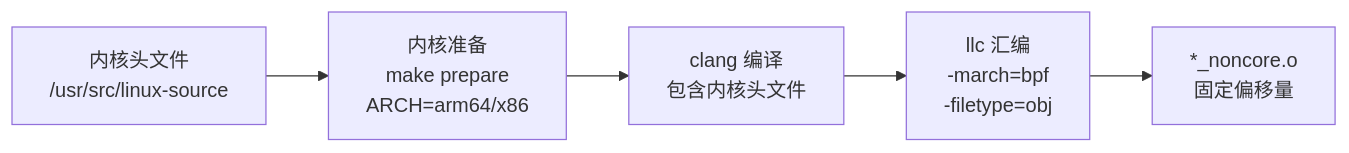
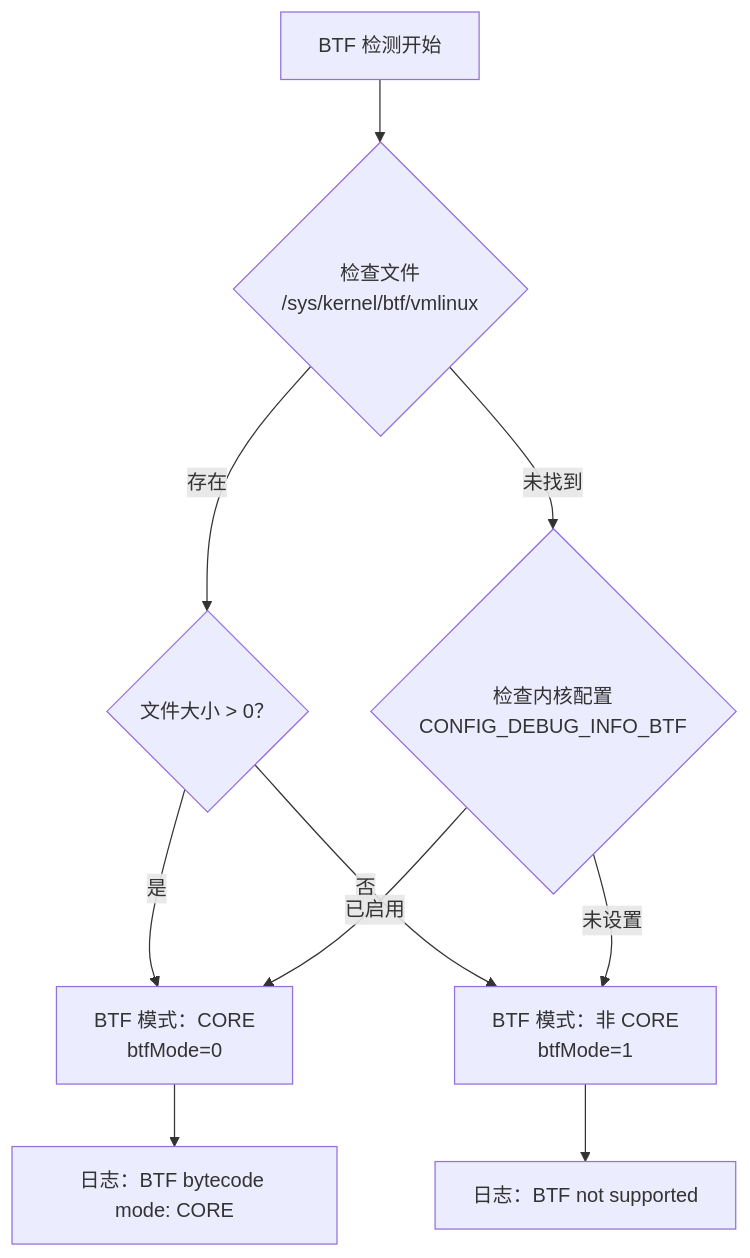
Before and after one commit to gojue/ecapture.cc: the fourth of 11 diagrams in src/zh/2-architecture/2.1-ebpf-engine.md, drawn with Mermaid. The commit also changed other lines of this file and 70 other files, not shown here.

Commit message:
feat: update sidebar and navigation links for architecture and shell command auditing sections

````diff
--- a/src/zh/2-architecture/2.1-ebpf-engine.md
+++ b/src/zh/2-architecture/2.1-ebpf-engine.md
@@ -214,13 +169,20 @@
 ```mermaid
-graph LR
-    HEADERS["内核头文件<br/>/usr/src/linux-source"]
-    KERN_PREP["内核准备<br/>make prepare<br/>ARCH=arm64/x86"]
-    CLANG["clang 编译<br/>包含内核头文件"]
-    LLC["llc 汇编<br/>-march=bpf<br/>-filetype=obj"]
-    NONCORE["*_noncore.o<br/>固定偏移量"]
+graph TB
+    DetectStart["BTF 检测开始"]
     
-    HEADERS --> KERN_PREP
-    KERN_PREP --> CLANG
-    CLANG --> LLC
-    LLC --> NONCORE
+    DetectStart --> CheckFile{"检查文件<br/>/sys/kernel/btf/vmlinux"}
+    CheckFile -->|存在| ValidateSize{"文件大小 > 0？"}
+    CheckFile -->|未找到| CheckConfig
+    
+    ValidateSize -->|是| BTFEnabled["BTF 模式：CORE<br/>btfMode=0"]
+    ValidateSize -->|否| BTFDisabled
+    
+    CheckConfig{"检查内核配置<br/>CONFIG_DEBUG_INFO_BTF"}
+    CheckConfig -->|已启用| BTFEnabled
+    CheckConfig -->|未设置| BTFDisabled
+    
+    BTFDisabled["BTF 模式：非 CORE<br/>btfMode=1"]
+    
+    BTFEnabled --> LogMode["日志：BTF bytecode mode: CORE"]
+    BTFDisabled --> LogNonCore["日志：BTF not supported"]
 ```
````
